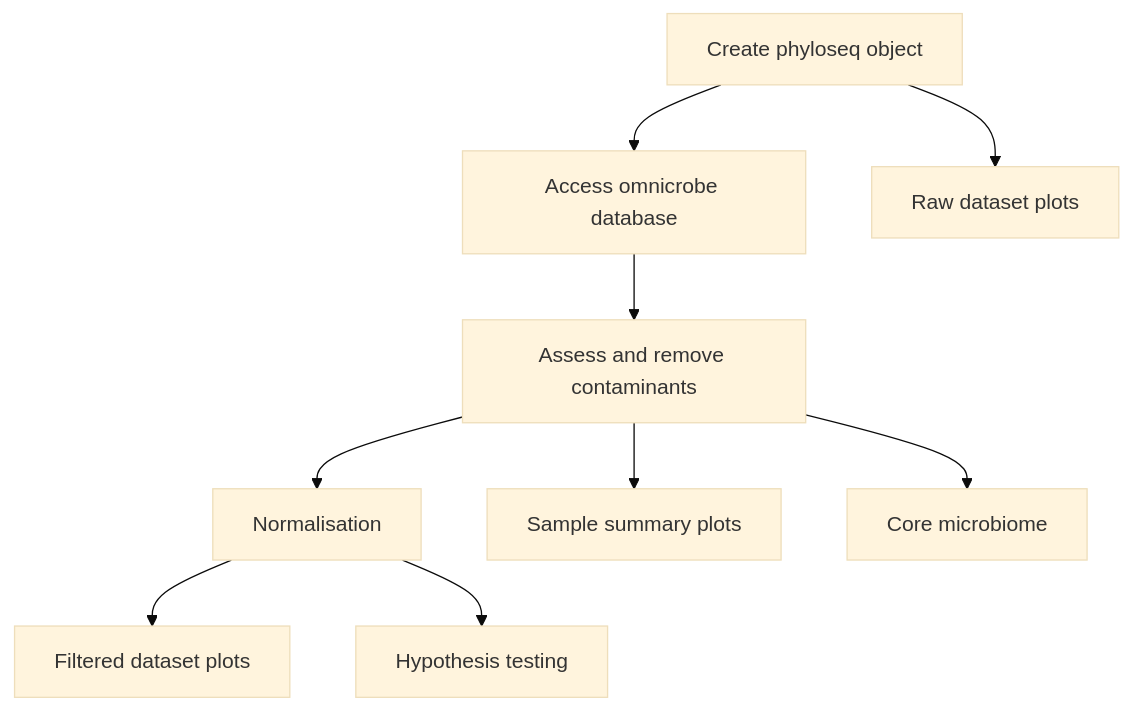
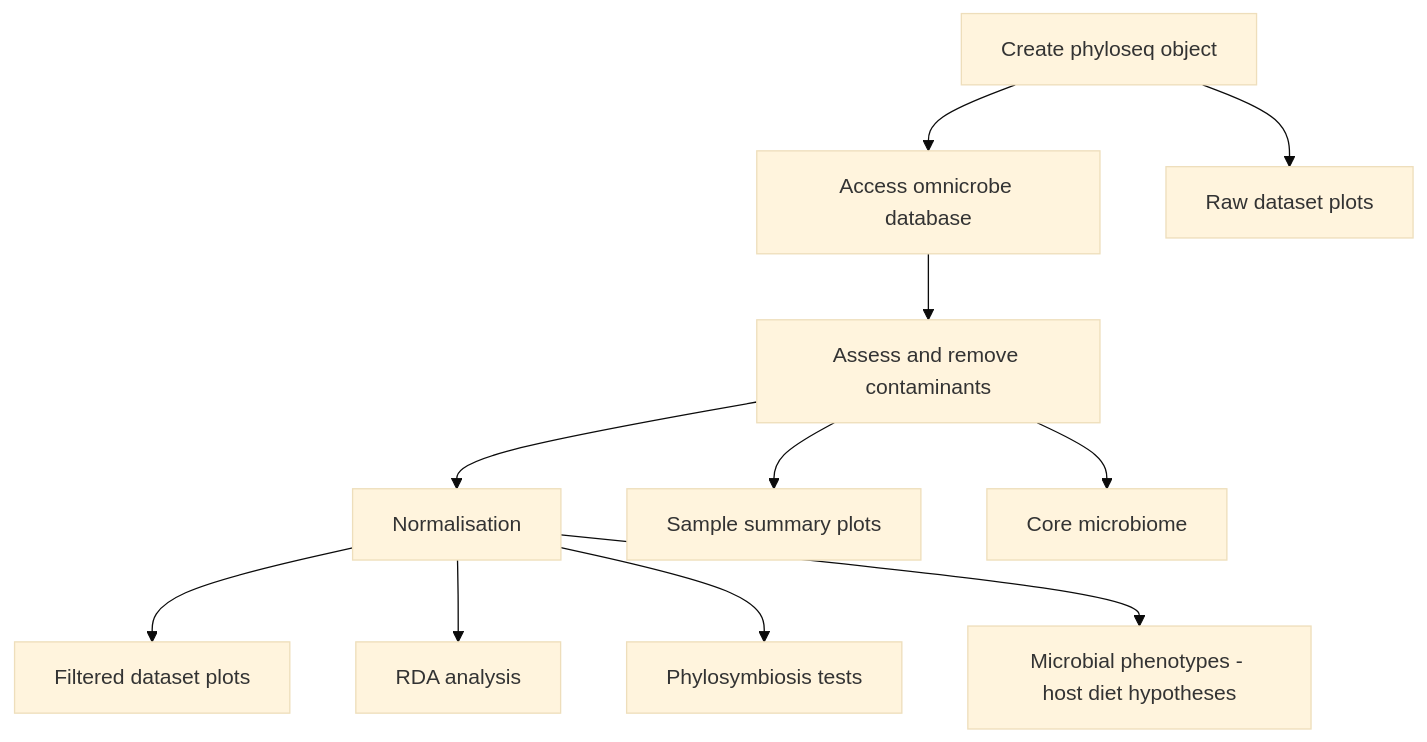
Before and after one commit to markella-moraitou/mammalian_oral_microbiome_analysis: the first of 2 diagrams in README.md, drawn with Mermaid (base theme). The commit also changed 4 other files, not shown here.

Commit message:
Split up hypothesis testing to more separate scripts

````diff
--- a/README.md
+++ b/README.md
@@ -2,11 +2,13 @@
 ```mermaid
 flowchart TD;
     A[Create phyloseq object]-->B[Access omnicrobe database];
     A-->C[Raw dataset plots];
     B-->D[Assess and remove contaminants];
     D-->E[Normalisation];
     D-->F[Sample summary plots];
-    E-->G[Filtered dataset plots];
-    E-->H[Hypothesis testing];
-    D-->I[Core microbiome];
+    D-->G[Core microbiome];
+    E-->H[Filtered dataset plots];
+    E-->I[RDA analysis];
+    E-->J[Phylosymbiosis tests];
+    E-->K[Microbial phenotypes - host diet hypotheses];
 ```
````
